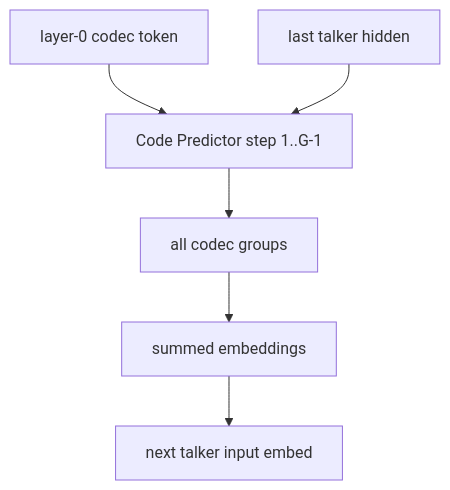
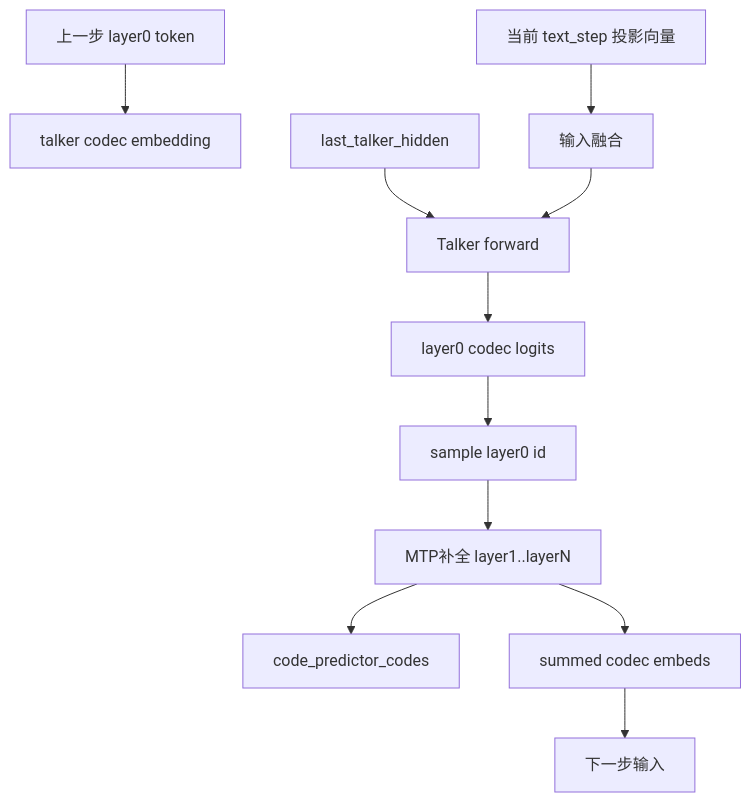
One commit to ZhengWG/vllm-omni changed the third of 5 diagrams in docs/design/module/qwen3-omni-ming-architecture.md. Above: the diagram before and after it, drawn with Mermaid. The commit also changed other lines of this file, not shown here.

Commit message:
docs: deepen omni model principles and execution flow

````diff
--- a/docs/design/module/qwen3-omni-ming-architecture.md
+++ b/docs/design/module/qwen3-omni-ming-architecture.md
@@ -145,8 +216,13 @@
 ```mermaid
 flowchart TD
-    A[layer-0 codec token] --> B[Code Predictor step 1..G-1]
-    H[last talker hidden] --> B
-    B --> C[all codec groups]
-    C --> D[summed embeddings]
-    D --> E[next talker input embed]
+    A[上一步 layer0 token] --> B[talker codec embedding]
+    T[当前 text_step 投影向量] --> C[输入融合]
+    H[last_talker_hidden] --> D[Talker forward]
+    C --> D
+    D --> E[layer0 codec logits]
+    E --> F[sample layer0 id]
+    F --> G[MTP补全 layer1..layerN]
+    G --> I[code_predictor_codes]
+    G --> J[summed codec embeds]
+    J --> K[下一步输入]
 ```
````
